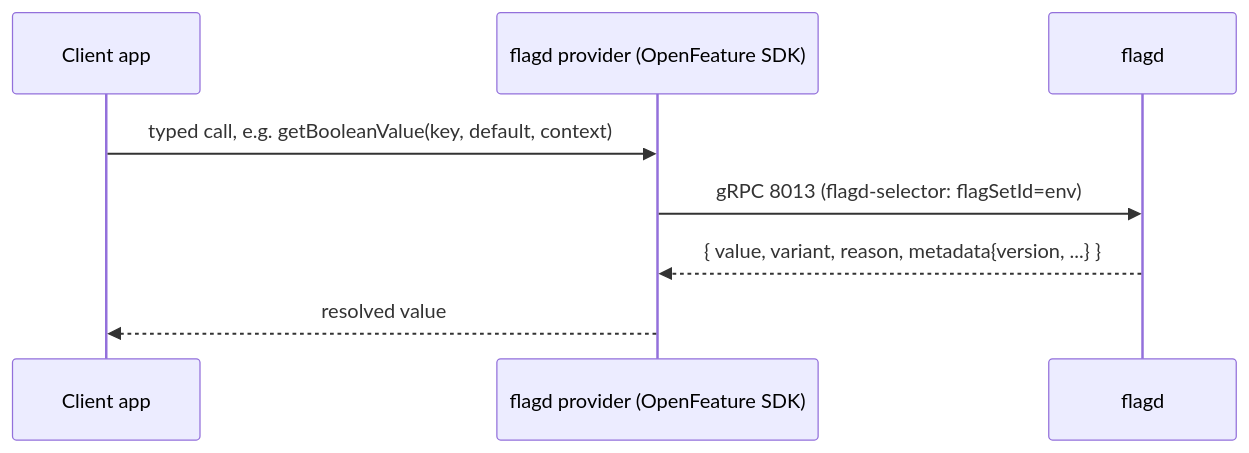
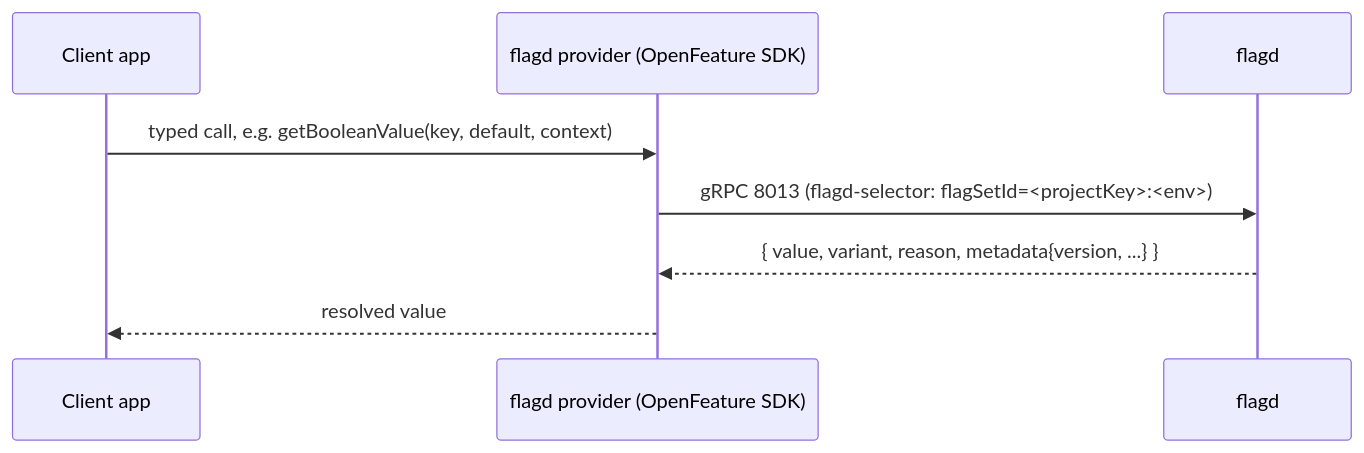
Before and after one commit to kokhoui83/flag-management-system-v2: the third of 5 diagrams in docs/02-architecture.md, drawn with Mermaid. The commit also changed other lines of this file and 25 other files, not shown here.

````diff
--- a/docs/02-architecture.md
+++ b/docs/02-architecture.md
@@ -251,11 +251,11 @@
 ```mermaid
 sequenceDiagram
     participant C as Client app
     participant P as flagd provider (OpenFeature SDK)
     participant F as flagd
 
     C->>P: typed call, e.g. getBooleanValue(key, default, context)
-    P->>F: gRPC 8013 (flagd-selector: flagSetId=env)
+    P->>F: gRPC 8013 (flagd-selector: flagSetId=<projectKey>:<env>)
     F-->>P: { value, variant, reason, metadata{version, ...} }
     P-->>C: resolved value
 ```
````
